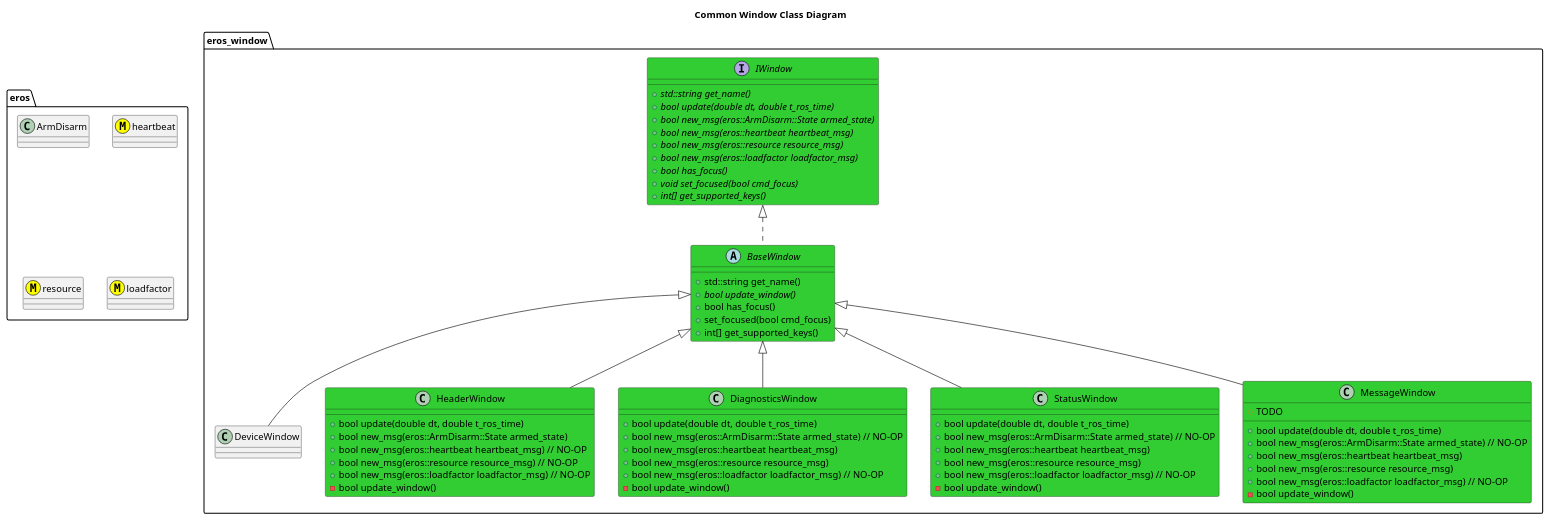
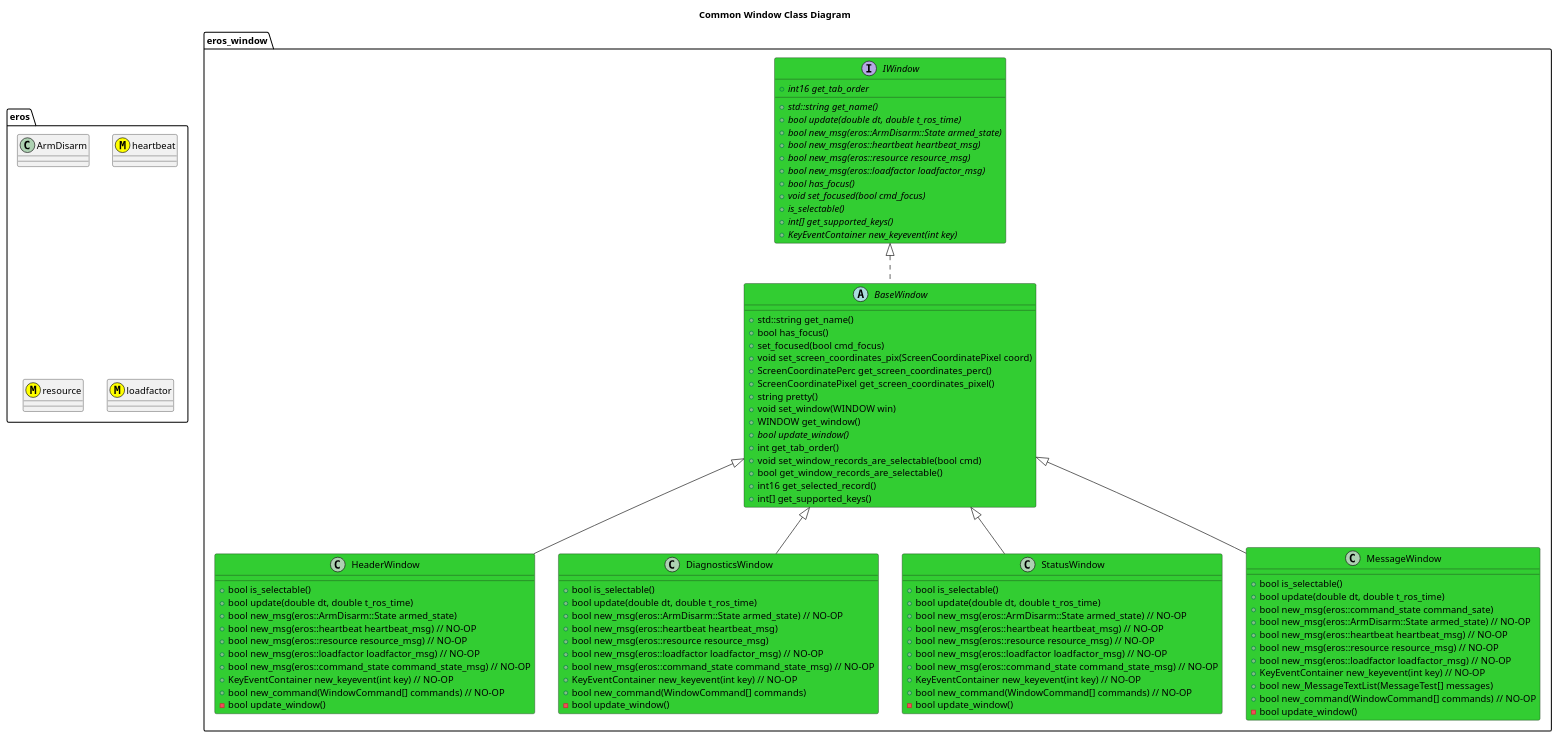
Before and after one commit to fastrobotics/eros: the diagram in include/eros_window/doc/WindowClassDiagram.puml, drawn with PlantUML. The commit also changed 19 other files, not shown here.

```diff
--- a/include/eros_window/doc/WindowClassDiagram.puml
+++ b/include/eros_window/doc/WindowClassDiagram.puml
@@ -1,73 +1,101 @@
 @startuml
 title Common Window Class Diagram
 package eros {
     class ArmDisarm
     class heartbeat <<(M,#FFFF00)>>
     class resource <<(M,#FFFF00)>>
     class loadfactor <<(M,#FFFF00)>>
 }
-package eros_window {
+namespace eros_window {
     interface IWindow #LimeGreen {
         +{abstract} std::string get_name()
         +{abstract} bool update(double dt, double t_ros_time)
         +{abstract} bool new_msg(eros::ArmDisarm::State armed_state)
         +{abstract} bool new_msg(eros::heartbeat heartbeat_msg)
         +{abstract} bool new_msg(eros::resource resource_msg)
         +{abstract} bool new_msg(eros::loadfactor loadfactor_msg)
         +{abstract} bool has_focus()
         +{abstract} void set_focused(bool cmd_focus)
+        +{abstract} is_selectable()
+        +{abstract} int16 get_tab_order
         +{abstract} int[] get_supported_keys()
+        +{abstract} KeyEventContainer new_keyevent(int key)
     }
     abstract BaseWindow #LimeGreen {
         +std::string get_name()
-        +{abstract} bool update_window()
         +bool has_focus()
         +set_focused(bool cmd_focus)
+        +void set_screen_coordinates_pix(ScreenCoordinatePixel coord)
+        +ScreenCoordinatePerc get_screen_coordinates_perc()
+        +ScreenCoordinatePixel get_screen_coordinates_pixel()
+        +string pretty()
+        +void set_window(WINDOW win)
+        +WINDOW get_window()
+        +{abstract} bool update_window()
+        +int get_tab_order()
+        +void set_window_records_are_selectable(bool cmd)
+        +bool get_window_records_are_selectable()
+        +int16 get_selected_record()
         +int[] get_supported_keys()
 
     }
     IWindow <|.. BaseWindow
-    BaseWindow <|-- DeviceWindow
     class HeaderWindow #LimeGreen {
+        +bool is_selectable()
         +bool update(double dt, double t_ros_time)
         +bool new_msg(eros::ArmDisarm::State armed_state)
         +bool new_msg(eros::heartbeat heartbeat_msg) // NO-OP
         +bool new_msg(eros::resource resource_msg) // NO-OP
         +bool new_msg(eros::loadfactor loadfactor_msg) // NO-OP
+        +bool new_msg(eros::command_state command_state_msg) // NO-OP
+        +KeyEventContainer new_keyevent(int key) // NO-OP
+        +bool new_command(WindowCommand[] commands) // NO-OP
         -bool update_window()
 
     }
     BaseWindow <|-- HeaderWindow
     class DiagnosticsWindow #LimeGreen {
+        +bool is_selectable()
         +bool update(double dt, double t_ros_time)
         +bool new_msg(eros::ArmDisarm::State armed_state) // NO-OP
         +bool new_msg(eros::heartbeat heartbeat_msg)
         +bool new_msg(eros::resource resource_msg)
         +bool new_msg(eros::loadfactor loadfactor_msg) // NO-OP
+        +bool new_msg(eros::command_state command_state_msg) // NO-OP
+        +KeyEventContainer new_keyevent(int key) // NO-OP
+        +bool new_command(WindowCommand[] commands)
         -bool update_window()
         
     }
     BaseWindow <|-- DiagnosticsWindow
     class StatusWindow #LimeGreen {
+        +bool is_selectable()
         +bool update(double dt, double t_ros_time)
         +bool new_msg(eros::ArmDisarm::State armed_state) // NO-OP
-        +bool new_msg(eros::heartbeat heartbeat_msg)
-        +bool new_msg(eros::resource resource_msg)
+        +bool new_msg(eros::heartbeat heartbeat_msg) // NO-OP
+        +bool new_msg(eros::resource resource_msg) // NO-OP
         +bool new_msg(eros::loadfactor loadfactor_msg) // NO-OP
+        +bool new_msg(eros::command_state command_state_msg) // NO-OP
+        +KeyEventContainer new_keyevent(int key) // NO-OP
+        +bool new_command(WindowCommand[] commands) // NO-OP
         -bool update_window()
         
     }
     BaseWindow <|-- StatusWindow
     class MessageWindow #LimeGreen {
-        # TODO
+        +bool is_selectable()
         +bool update(double dt, double t_ros_time)
+        +bool new_msg(eros::command_state command_sate)
         +bool new_msg(eros::ArmDisarm::State armed_state) // NO-OP
-        +bool new_msg(eros::heartbeat heartbeat_msg)
-        +bool new_msg(eros::resource resource_msg)
+        +bool new_msg(eros::heartbeat heartbeat_msg) // NO-OP
+        +bool new_msg(eros::resource resource_msg) // NO-OP
         +bool new_msg(eros::loadfactor loadfactor_msg) // NO-OP
+        +KeyEventContainer new_keyevent(int key) // NO-OP
+        +bool new_MessageTextList(MessageTest[] messages)
+        +bool new_command(WindowCommand[] commands) // NO-OP
         -bool update_window()
         
     }
     BaseWindow <|-- MessageWindow
 }
 @enduml
```
